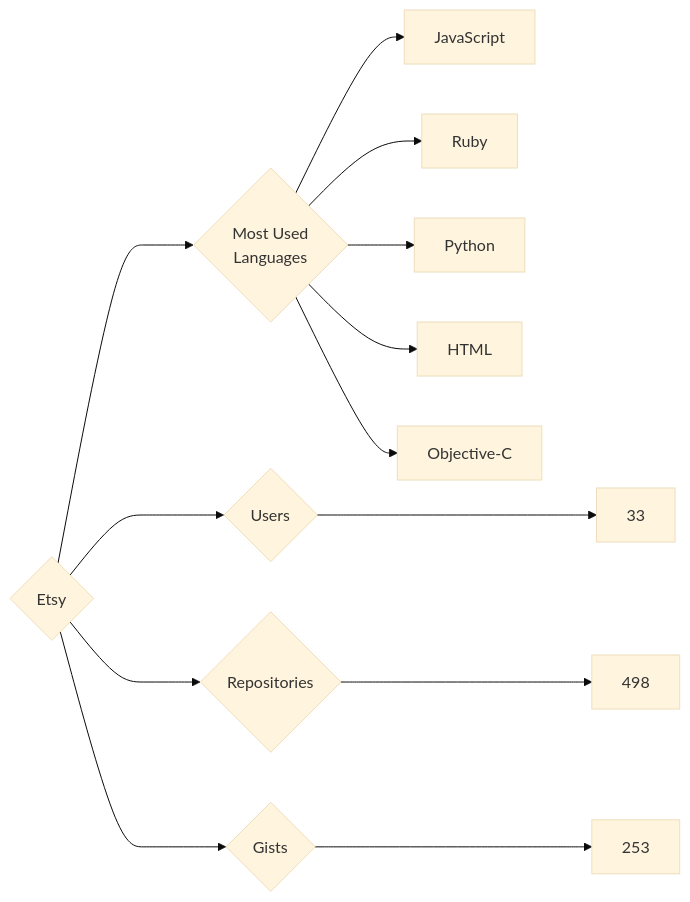
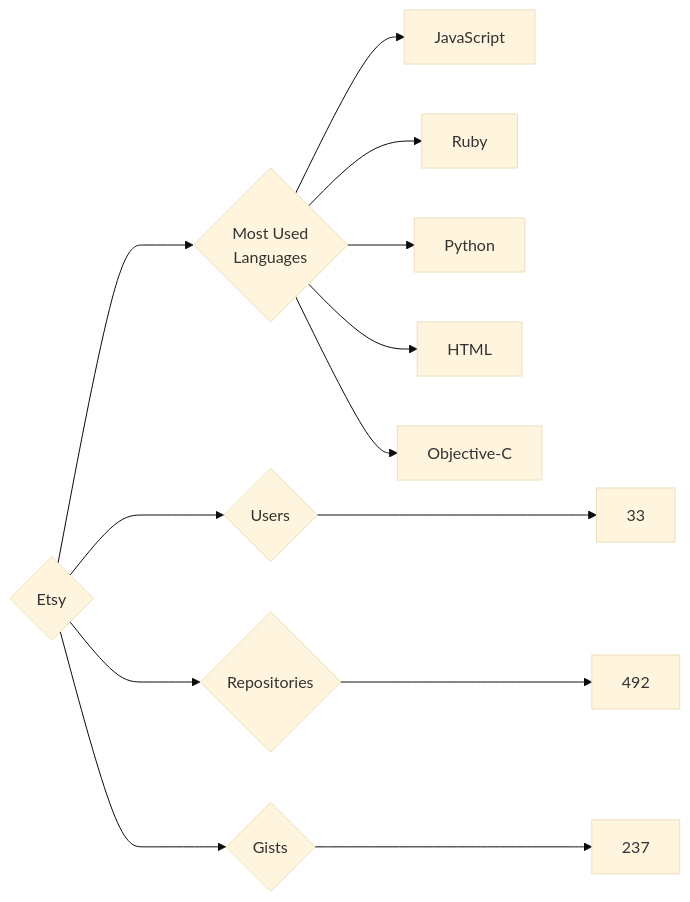
The diagram in targets/Etsy/README.md (trickest/insiders), drawn with Mermaid (base theme) before and after one commit. The commit also changed 998 other files, not shown here.

````diff
--- a/targets/Etsy/README.md
+++ b/targets/Etsy/README.md
@@ -3,13 +3,13 @@
 ```mermaid
 graph LR
 COMPANY_NAME{Etsy}
 COMPANY_NAME ---> U{Users} ---> UN[33]
-COMPANY_NAME ---> R{Repositories} ---> RN[498]
-COMPANY_NAME ---> G{Gists} ---> GN[253]
+COMPANY_NAME ---> R{Repositories} ---> RN[492]
+COMPANY_NAME ---> G{Gists} ---> GN[237]
 COMPANY_NAME ---> ML{Most Used<br>Languages}
 ML --> JavaScript[JavaScript]
 ML --> Ruby[Ruby]
 ML --> Python[Python]
 ML --> HTML[HTML]
 ML --> Objective-C[Objective-C]
 ```
````
